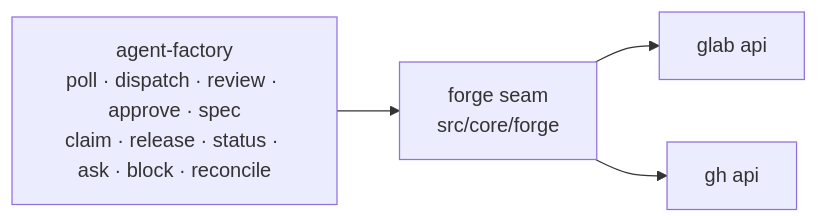
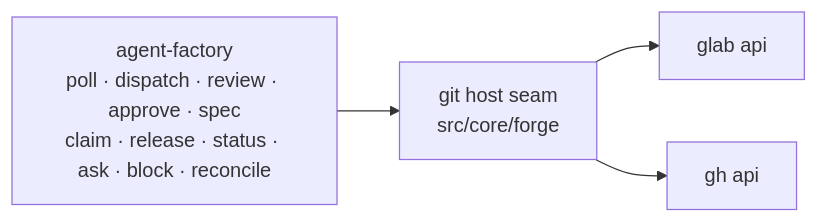
The second of 2 diagrams in README.md (chiyanram/agent-factory), drawn with Mermaid before and after one commit. The commit also changed other lines of this file and 5 other files, not shown here.

````diff
--- a/README.md
+++ b/README.md
@@ -80,7 +81,7 @@
 ```mermaid
 flowchart LR
     P["agent-factory<br/>poll · dispatch · review · approve · spec<br/>claim · release · status · ask · block · reconcile"]
-    P --> SEAM["forge seam<br/>src/core/forge"]
+    P --> SEAM["git host seam<br/>src/core/forge"]
     SEAM --> GL["glab api"]
     SEAM --> GH["gh api"]
 ```
````
